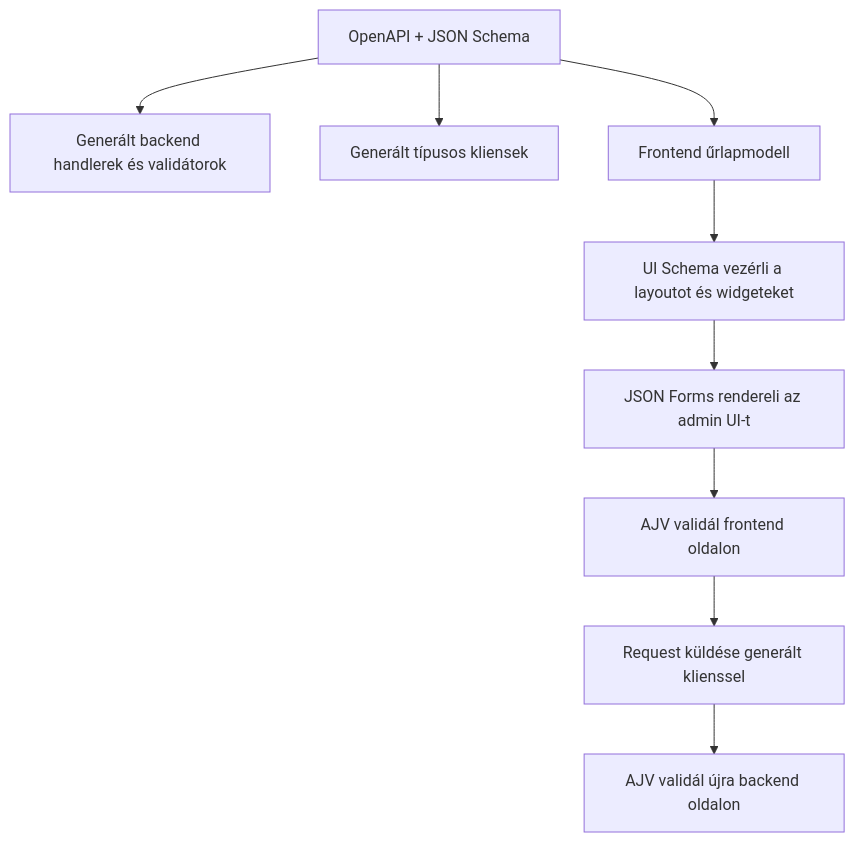
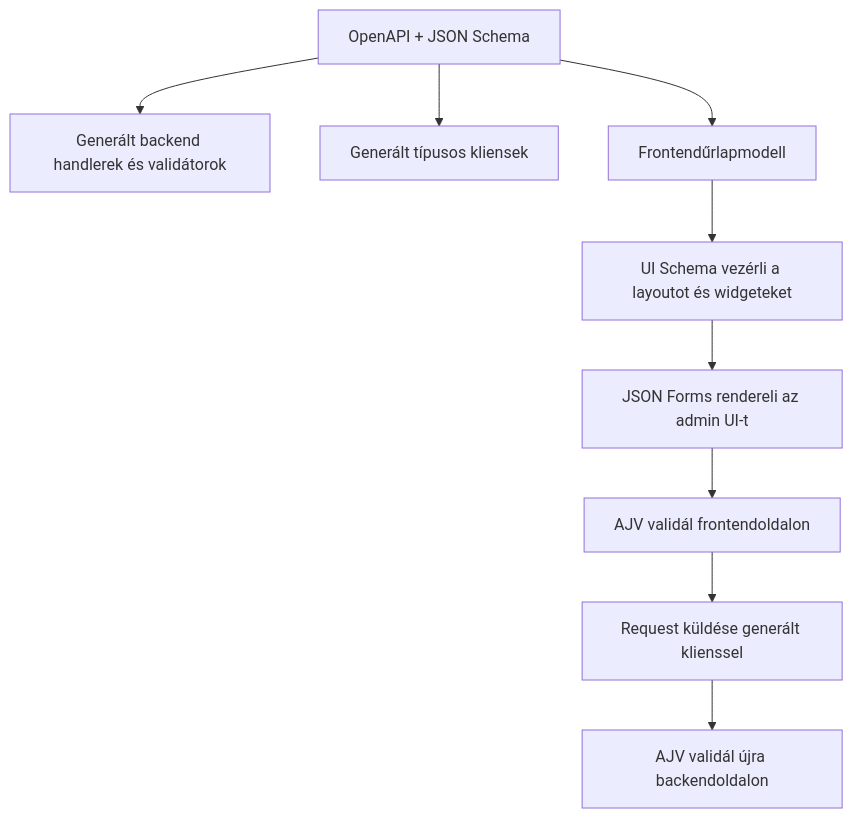
One commit to monad-systems/monad.hu changed the second of 3 diagrams in posts/hu/contract-first-json-schema.md. Above: the diagram before and after it, drawn with Mermaid. The commit also changed other lines of this file and 8 other files, not shown here.

````diff
--- a/posts/hu/contract-first-json-schema.md
+++ b/posts/hu/contract-first-json-schema.md
@@ -152,11 +152,11 @@
 ```mermaid
 flowchart TD
     A[OpenAPI + JSON Schema] --> B[Generált backend handlerek és validátorok]
     A --> C[Generált típusos kliensek]
-    A --> D[Frontend űrlapmodell]
+    A --> D[Frontendűrlapmodell]
     D --> E[UI Schema vezérli a layoutot és widgeteket]
     E --> F[JSON Forms rendereli az admin UI-t]
-    F --> G[AJV validál frontend oldalon]
+    F --> G[AJV validál frontendoldalon]
     G --> H[Request küldése generált klienssel]
-    H --> I[AJV validál újra backend oldalon]
+    H --> I[AJV validál újra backendoldalon]
 ```
````
